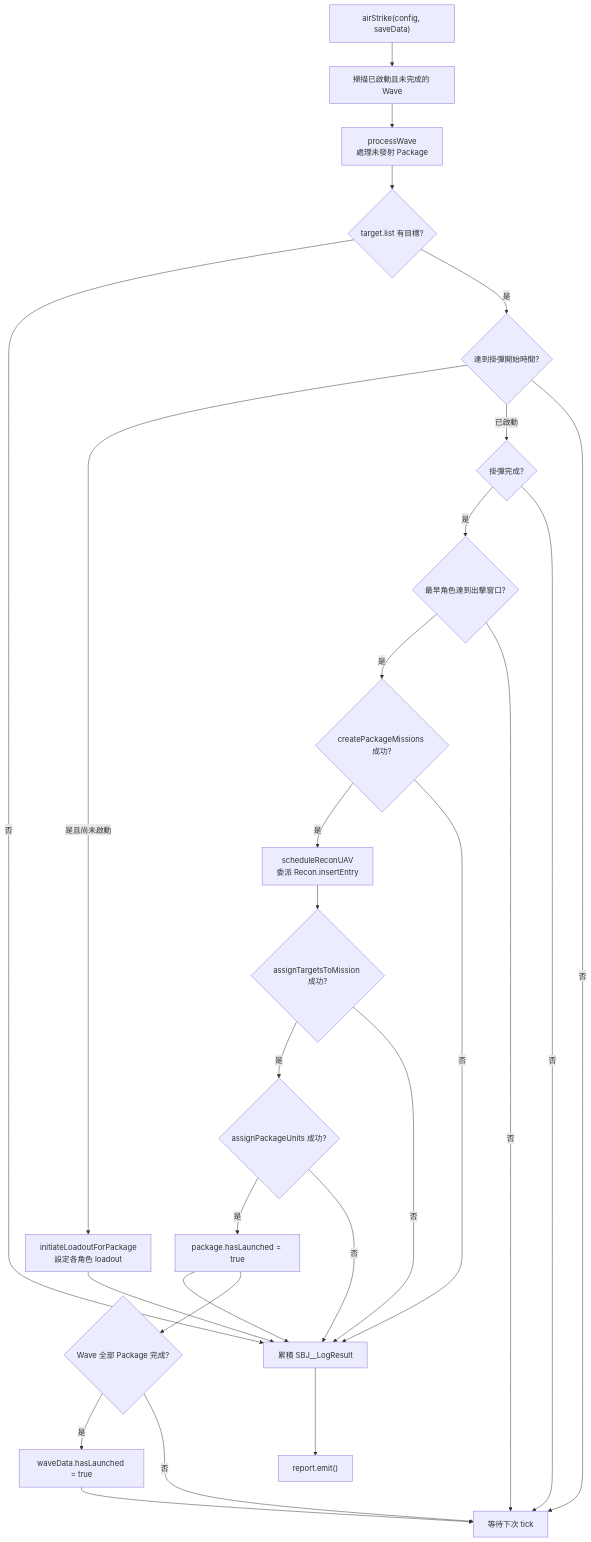
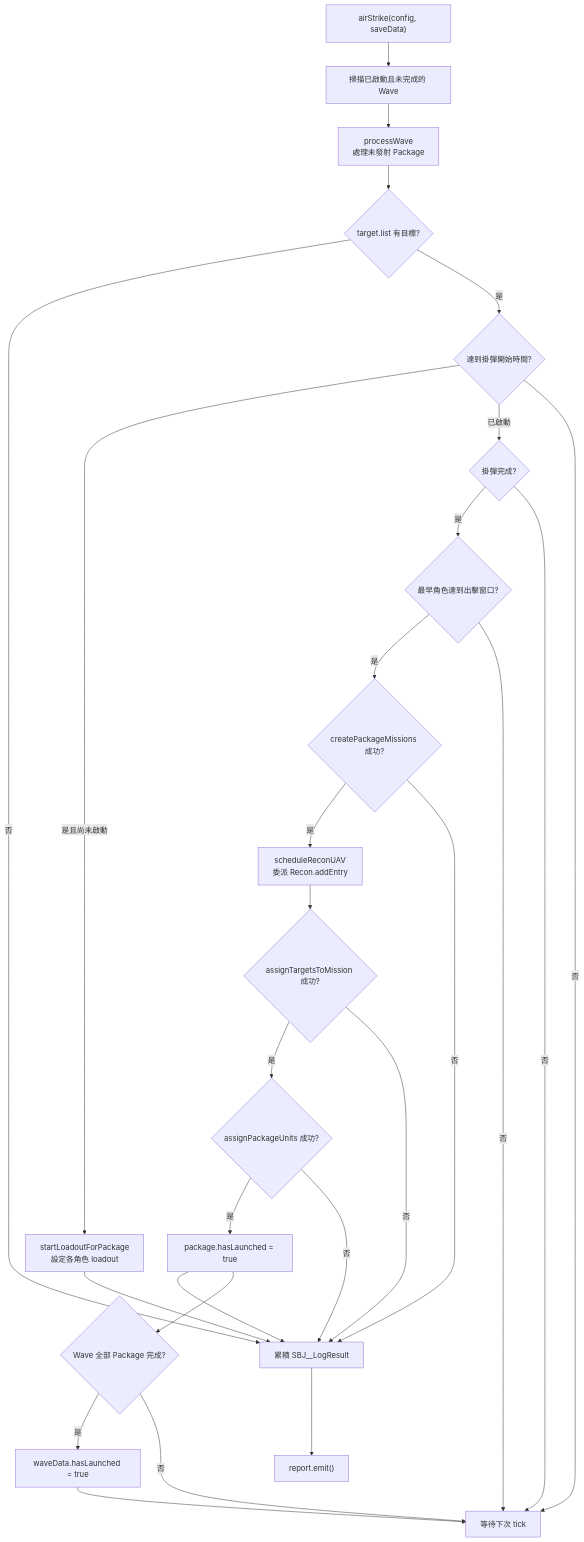
The diagram in docs/strikePlanner/airTaskingOrder.md (pullupjumper/formosa-in-flames), drawn with Mermaid before and after one commit. The commit also changed other lines of this file and 93 other files, not shown here.

````diff
--- a/docs/strikePlanner/airTaskingOrder.md
+++ b/docs/strikePlanner/airTaskingOrder.md
@@ -43,43 +43,43 @@
 ```mermaid
 flowchart TD
     START["airStrike(config, saveData)"]
     WAVE["掃描已啟動且未完成的 Wave"]
     PKG["processWave<br>處理未發射 Package"]
     TARGET_EXISTS{"target.list 有目標?"}
     LOADOUT_TIME{"達到掛彈開始時間?"}
-    INIT_LOADOUT["initiateLoadoutForPackage<br>設定各角色 loadout"]
+    INIT_LOADOUT["startLoadoutForPackage<br>設定各角色 loadout"]
     LOADOUT_READY{"掛彈完成?"}
     TAKEOFF_TIME{"最早角色達到出擊窗口?"}
     MISSIONS{"createPackageMissions 成功?"}
-    RECON["scheduleReconUAV<br>委派 Recon.insertEntry"]
+    RECON["scheduleReconUAV<br>委派 Recon.addEntry"]
     TARGETS{"assignTargetsToMission 成功?"}
     UNITS{"assignPackageUnits 成功?"}
     LAUNCHED["package.hasLaunched = true"]
     DONE{"Wave 全部 Package 完成?"}
     WAVE_DONE["waveData.hasLaunched = true"]
     RESULT["累積 SBJ__LogResult"]
     LOG["report.emit()"]
     WAIT["等待下次 tick"]
 
     START --> WAVE --> PKG --> TARGET_EXISTS
     TARGET_EXISTS -->|否| RESULT
     TARGET_EXISTS -->|是| LOADOUT_TIME
     LOADOUT_TIME -->|是且尚未啟動| INIT_LOADOUT --> RESULT
     LOADOUT_TIME -->|已啟動| LOADOUT_READY
     LOADOUT_READY -->|是| TAKEOFF_TIME
     TAKEOFF_TIME -->|是| MISSIONS
     MISSIONS -->|是| RECON --> TARGETS
     TARGETS -->|是| UNITS
     UNITS -->|是| LAUNCHED --> RESULT
     LAUNCHED --> DONE
     DONE -->|是| WAVE_DONE
     LOADOUT_TIME -->|否| WAIT
     LOADOUT_READY -->|否| WAIT
     TAKEOFF_TIME -->|否| WAIT
     MISSIONS -->|否| RESULT
     TARGETS -->|否| RESULT
     UNITS -->|否| RESULT
     DONE -->|否| WAIT
     RESULT --> LOG
     WAVE_DONE --> WAIT
 ```
````
